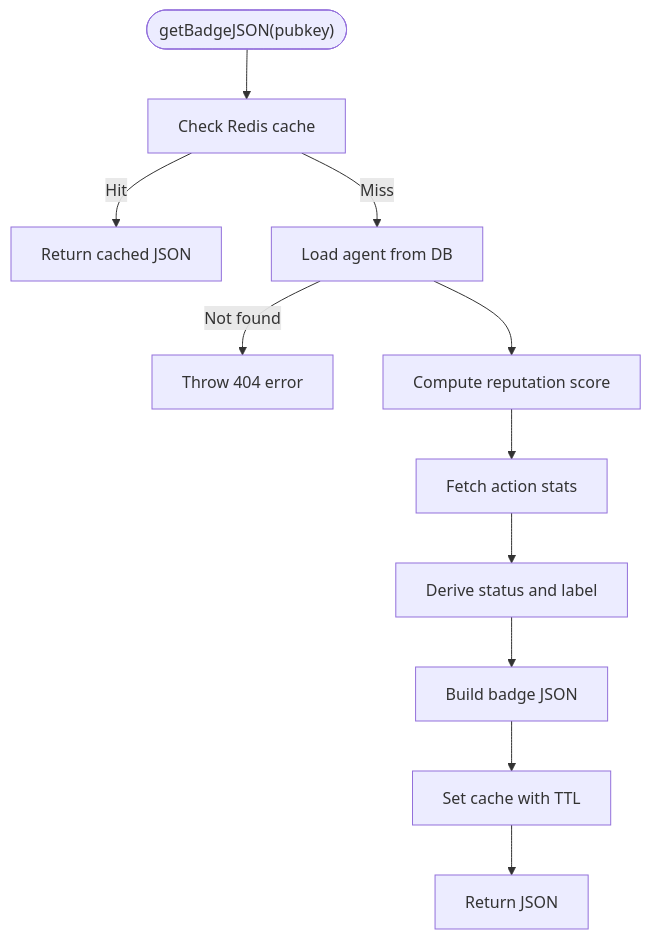
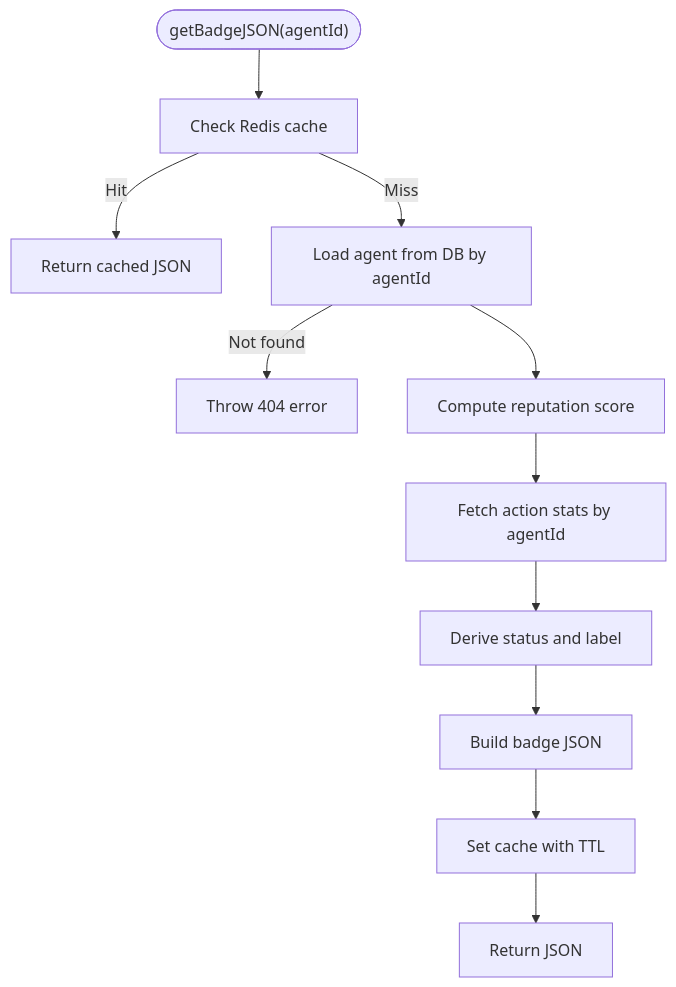
One commit to RunTimeAdmin/AgentID changed the third of 6 diagrams in .qoder/repowiki/en/content/Service Layer/Badge Services.md. Above: the diagram before and after it, drawn with Mermaid. The commit also changed other lines of this file and 31 other files, not shown here.

````diff
--- a/.qoder/repowiki/en/content/Service Layer/Badge Services.md
+++ b/.qoder/repowiki/en/content/Service Layer/Badge Services.md
@@ -159,13 +165,13 @@
 ```mermaid
 flowchart TD
-Start(["getBadgeJSON(pubkey)"]) --> CacheCheck["Check Redis cache"]
+Start(["getBadgeJSON(agentId)"]) --> CacheCheck["Check Redis cache"]
 CacheCheck --> |Hit| ReturnCached["Return cached JSON"]
-CacheCheck --> |Miss| LoadAgent["Load agent from DB"]
+CacheCheck --> |Miss| LoadAgent["Load agent from DB by agentId"]
 LoadAgent --> |Not found| ThrowNotFound["Throw 404 error"]
 LoadAgent --> ComputeRep["Compute reputation score"]
-ComputeRep --> Stats["Fetch action stats"]
+ComputeRep --> Stats["Fetch action stats by agentId"]
 Stats --> DeriveStatus["Derive status and label"]
 DeriveStatus --> BuildJSON["Build badge JSON"]
 BuildJSON --> CacheSet["Set cache with TTL"]
 CacheSet --> ReturnJSON["Return JSON"]
 ```
````
